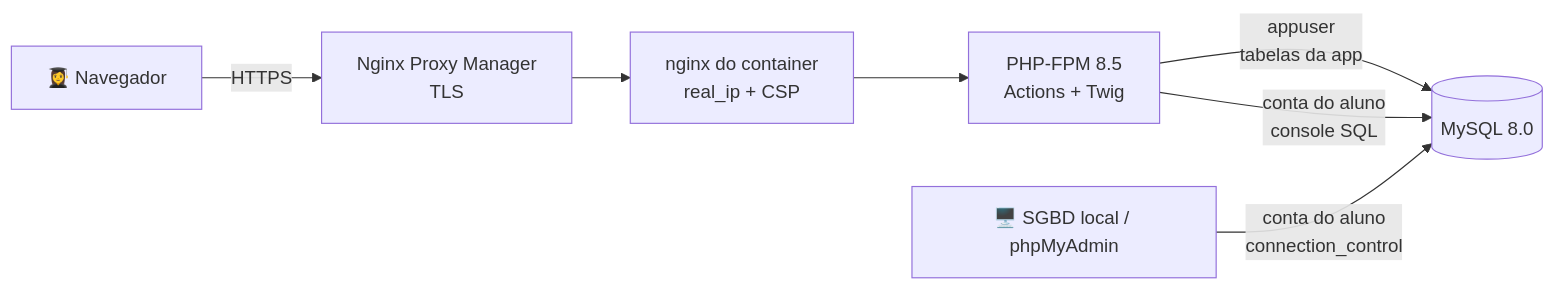
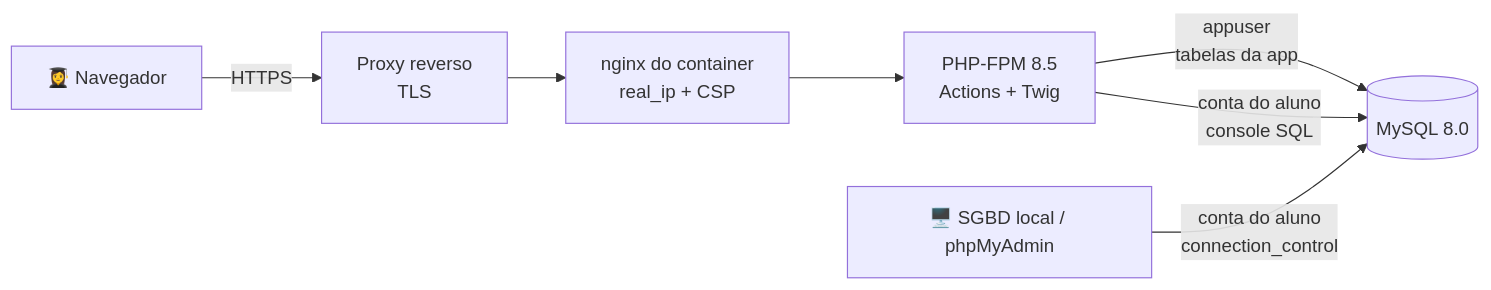
One commit to huriellopes/db-lab-estudantes changed the diagram in README.md. Above: the diagram before and after it, drawn with Mermaid. The commit also changed other lines of this file and 7 other files, not shown here.

````diff
--- a/README.md
+++ b/README.md
@@ -41,9 +41,9 @@
 ```mermaid
 flowchart LR
-    A[👩‍🎓 Navegador] -->|HTTPS| NPM[Nginx Proxy Manager<br/>TLS]
-    NPM --> NG[nginx do container<br/>real_ip + CSP]
+    A[👩‍🎓 Navegador] -->|HTTPS| RP[Proxy reverso<br/>TLS]
+    RP --> NG[nginx do container<br/>real_ip + CSP]
     NG --> PHP[PHP-FPM 8.5<br/>Actions + Twig]
     PHP -->|appuser<br/>tabelas da app| DB[(MySQL 8.0)]
     PHP -->|conta do aluno<br/>console SQL| DB
     S[🖥️ SGBD local / phpMyAdmin] -->|conta do aluno<br/>connection_control| DB
 ```
````
